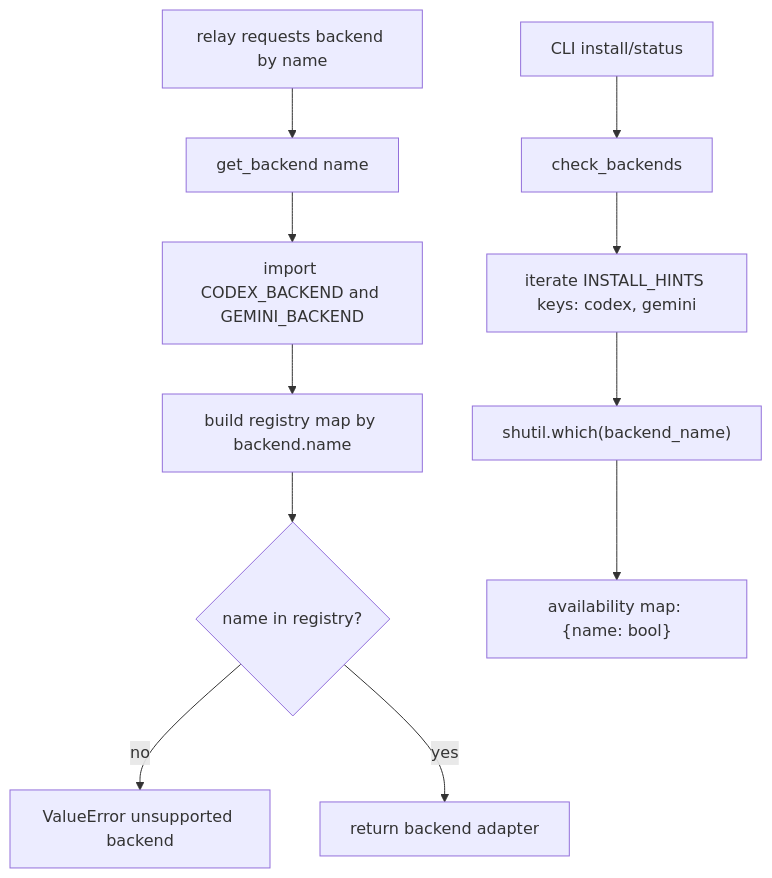
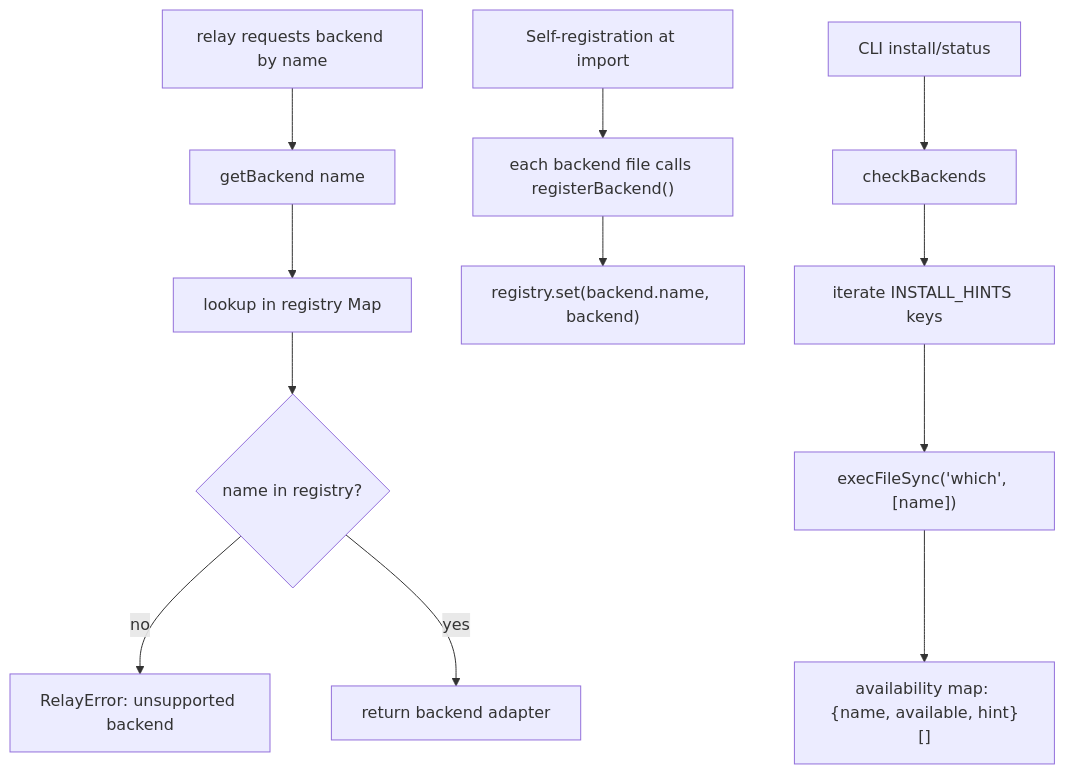
The second of 3 diagrams in architecture/02-backend-system.md (freibergergarcia/phone-a-friend), drawn with Mermaid before and after one commit. The commit also changed other lines of this file and 81 other files, not shown here.

First line of the commit message:
TypeScript rewrite + TUI plugin status bar + remove API backends (#16)

````diff
--- a/architecture/02-backend-system.md
+++ b/architecture/02-backend-system.md
@@ -40,14 +50,16 @@
 ```mermaid
 flowchart TD
-  A[relay requests backend by name] --> B[get_backend name]
-  B --> C[import CODEX_BACKEND and GEMINI_BACKEND]
-  C --> D[build registry map by backend.name]
-  D --> E{name in registry?}
-  E -- no --> F[ValueError unsupported backend]
-  E -- yes --> G[return backend adapter]
+  A[relay requests backend by name] --> B[getBackend name]
+  B --> C[lookup in registry Map]
+  C --> D{name in registry?}
+  D -- no --> E[RelayError: unsupported backend]
+  D -- yes --> F[return backend adapter]
 
-  H[CLI install/status] --> I[check_backends]
-  I --> J["iterate INSTALL_HINTS keys: codex, gemini"]
-  J --> K["shutil.which(backend_name)"]
-  K --> L["availability map: {name: bool}"]
+  G[Self-registration at import] --> H["each backend file calls registerBackend()"]
+  H --> I["registry.set(backend.name, backend)"]
+
+  J[CLI install/status] --> K[checkBackends]
+  K --> L["iterate INSTALL_HINTS keys"]
+  L --> M["execFileSync('which', [name])"]
+  M --> N["availability map: {name, available, hint}[]"]
 ```
````
